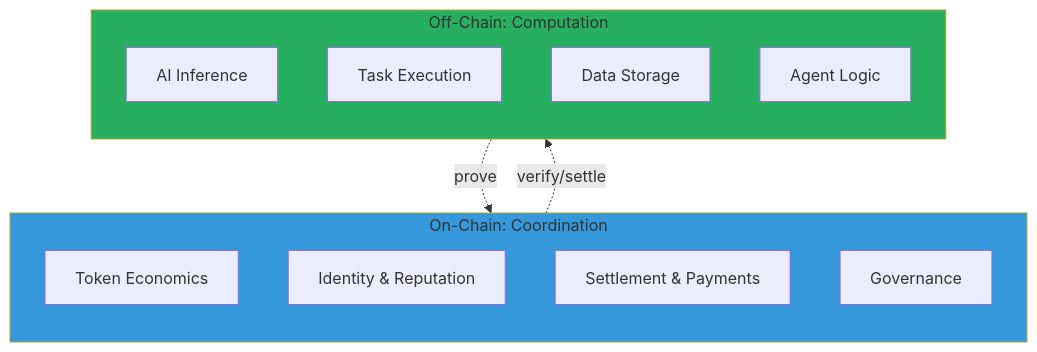
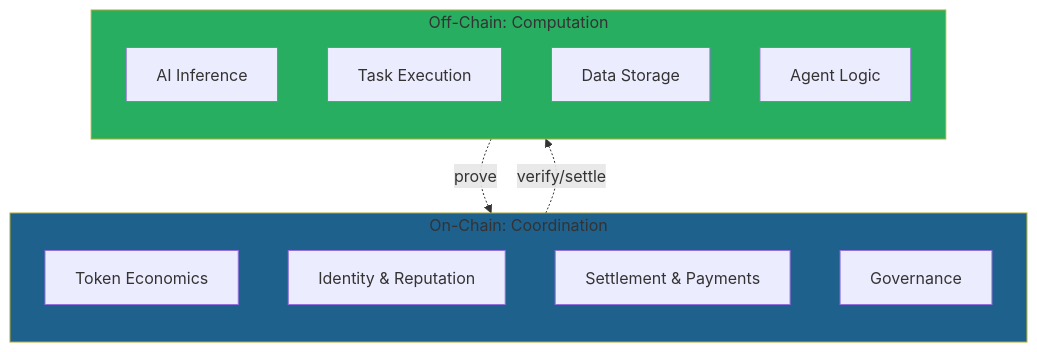
One commit to CipherOcto/cipherocto changed the first of 9 diagrams in docs/03-technology/blockchain-integration.md. Above: the diagram before and after it, drawn with Mermaid. The commit also changed other lines of this file and 13 other files, not shown here.

First line of the commit message:
Improve Mermaid diagram accessibility: Fix color contrast

````diff
--- a/docs/03-technology/blockchain-integration.md
+++ b/docs/03-technology/blockchain-integration.md
@@ -13,24 +13,24 @@
 ```mermaid
 graph TB
     subgraph ON_CHAIN["On-Chain: Coordination"]
         direction TB
         OC1[Token Economics]
         OC2[Identity & Reputation]
         OC3[Settlement & Payments]
         OC4[Governance]
     end
 
     subgraph OFF_CHAIN["Off-Chain: Computation"]
         direction TB
         OF1[AI Inference]
         OF2[Task Execution]
         OF3[Data Storage]
         OF4[Agent Logic]
     end
 
     ON_CHAIN -.->|verify/settle| OFF_CHAIN
     OFF_CHAIN -.->|prove| ON_CHAIN
 
-    style ON_CHAIN fill:#3498db
+    style ON_CHAIN fill:#1f618d
     style OFF_CHAIN fill:#27ae60
 ```
````
